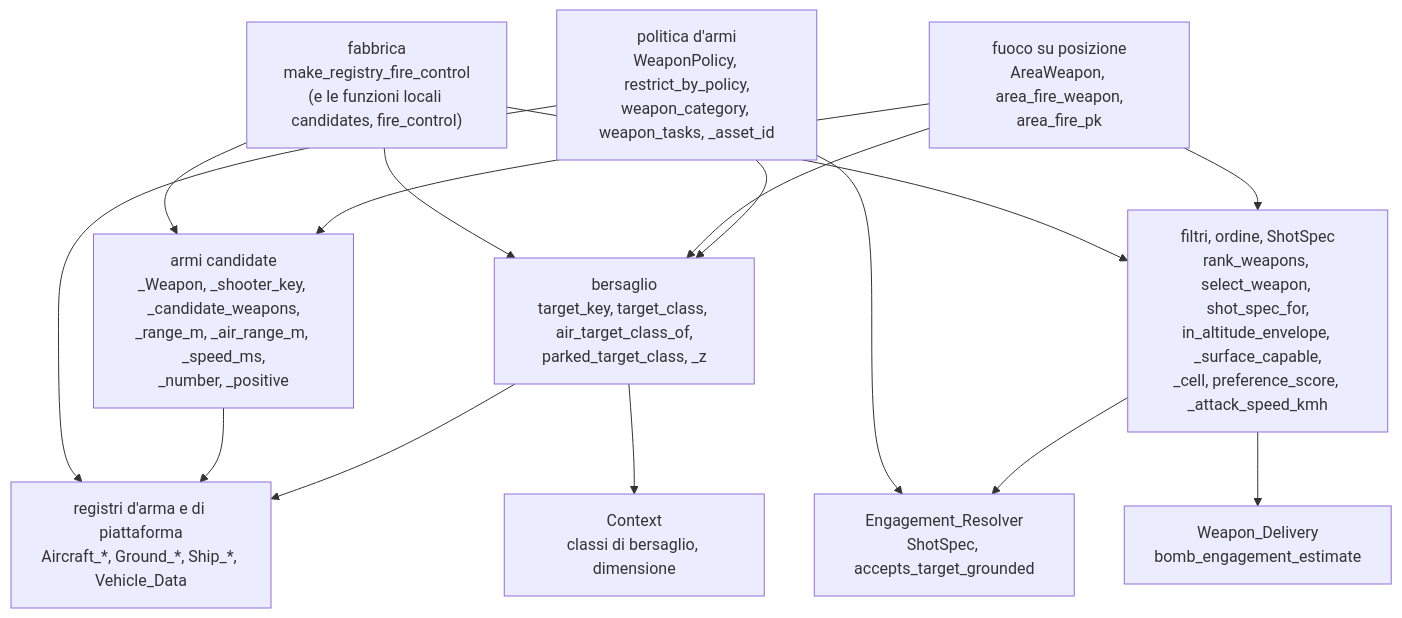
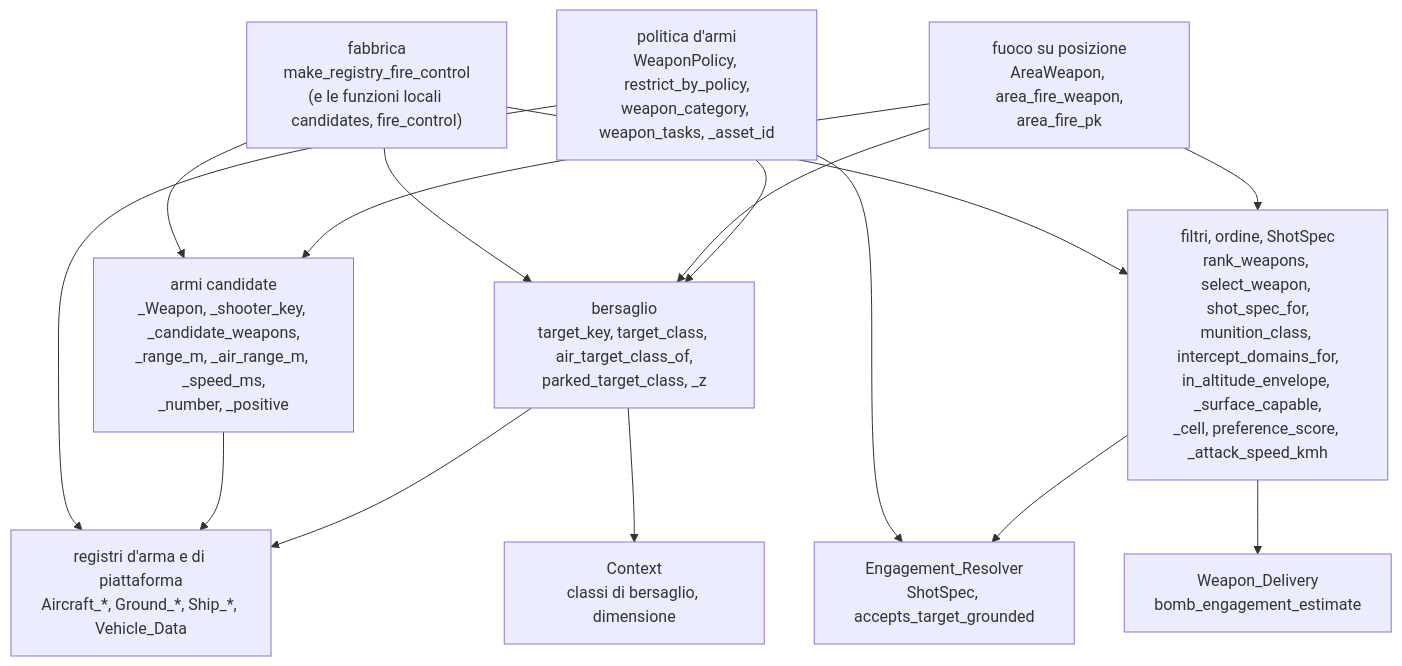
Before and after one commit to MakusIV/Warfare-Model: the sixth of 21 diagrams in Analysis/Document/Manuale_Motore_DES/11a_Atlante_Risolutore.md, drawn with Mermaid. The commit also changed other lines of this file and 6 other files, not shown here.

````diff
--- a/Analysis/Document/Manuale_Motore_DES/11a_Atlante_Risolutore.md
+++ b/Analysis/Document/Manuale_Motore_DES/11a_Atlante_Risolutore.md
@@ -416,28 +417,28 @@
 ```mermaid
 flowchart TD
     FAB["fabbrica<br/>make_registry_fire_control<br/>(e le funzioni locali candidates, fire_control)"]
     ARM["armi candidate<br/>_Weapon, _shooter_key, _candidate_weapons,<br/>_range_m, _air_range_m, _speed_ms,<br/>_number, _positive"]
     BER["bersaglio<br/>target_key, target_class, air_target_class_of,<br/>parked_target_class, _z"]
-    SCE["filtri, ordine, ShotSpec<br/>rank_weapons, select_weapon, shot_spec_for,<br/>in_altitude_envelope, _surface_capable,<br/>_cell, preference_score, _attack_speed_kmh"]
+    SCE["filtri, ordine, ShotSpec<br/>rank_weapons, select_weapon, shot_spec_for,<br/>munition_class, intercept_domains_for,<br/>in_altitude_envelope, _surface_capable,<br/>_cell, preference_score, _attack_speed_kmh"]
     POL["politica d'armi<br/>WeaponPolicy, restrict_by_policy,<br/>weapon_category, weapon_tasks, _asset_id"]
     POS["fuoco su posizione<br/>AreaWeapon, area_fire_weapon,<br/>area_fire_pk"]
     ER["Engagement_Resolver<br/>ShotSpec, accepts_target_grounded"]
     WD["Weapon_Delivery<br/>bomb_engagement_estimate"]
     REG["registri d'arma e di piattaforma<br/>Aircraft_*, Ground_*, Ship_*, Vehicle_Data"]
     CTX["Context<br/>classi di bersaglio, dimensione"]
 
     FAB --> ARM
     FAB --> BER
     FAB --> SCE
     POS --> ARM
     POS --> BER
     POS --> SCE
     POL --> BER
     POL --> REG
     POL --> ER
     ARM --> REG
     BER --> CTX
     BER --> REG
     SCE --> ER
     SCE --> WD
 ```
````
